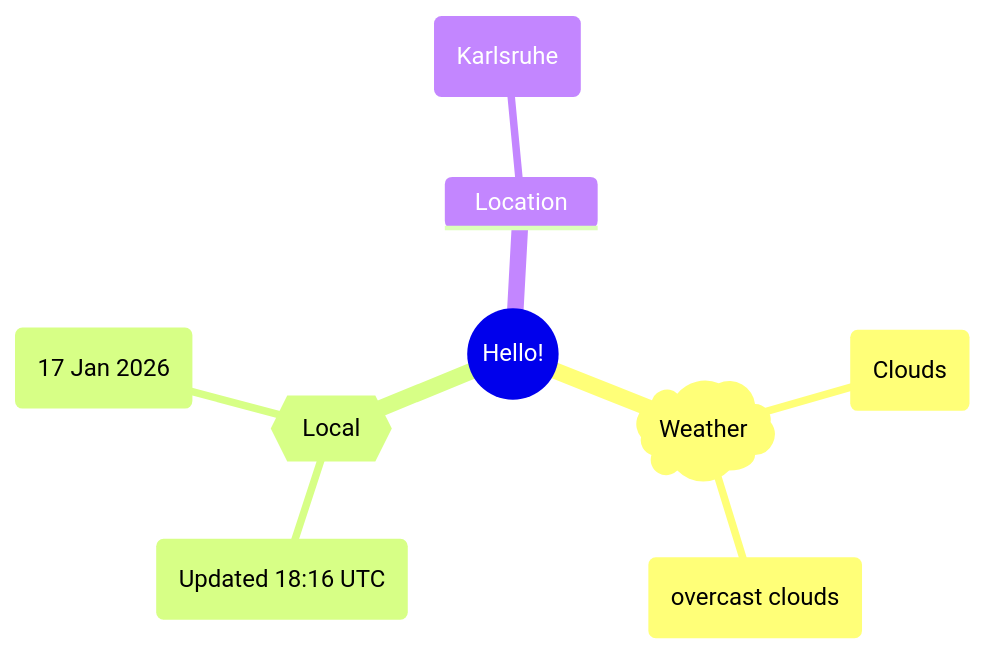
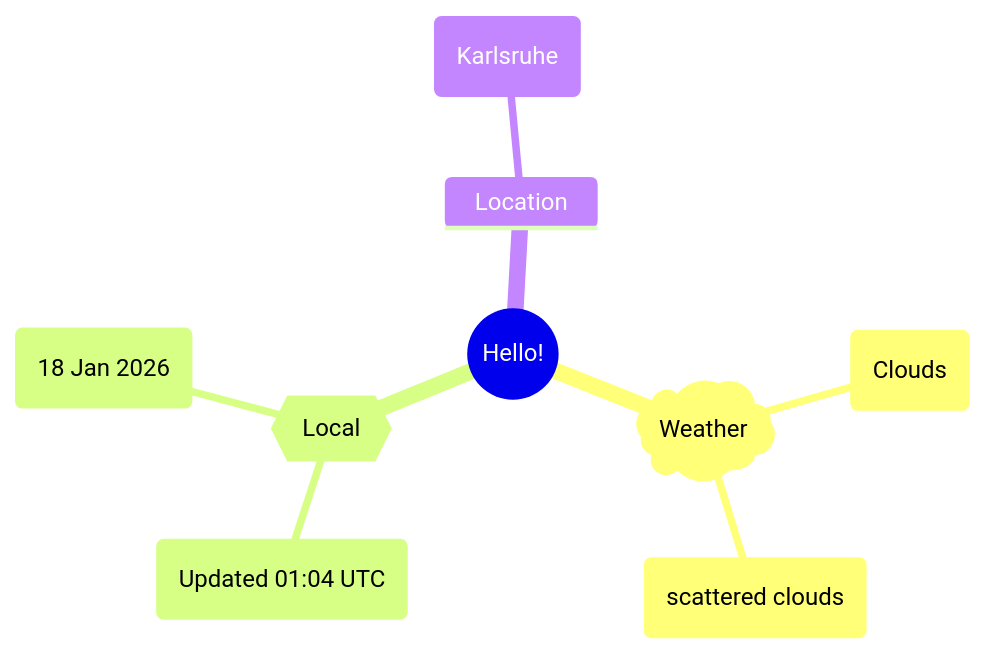
Before and after one commit to Xosrov/Xosrov: the first of 2 diagrams in README.md, drawn with Mermaid.

Commit message:
[bot] updated images

````diff
--- a/README.md
+++ b/README.md
@@ -3,12 +3,12 @@
 ```mermaid
 mindmap
   root((Hello!))
     )Weather(
         (Clouds)
-        (overcast clouds)
+        (scattered clouds)
     {{Local}}
-        (Updated 18:16 UTC)
-        (17 Jan 2026)
+        (Updated 01:04 UTC)
+        (18 Jan 2026)
     Location
         (Karlsruhe)
 ```
````
